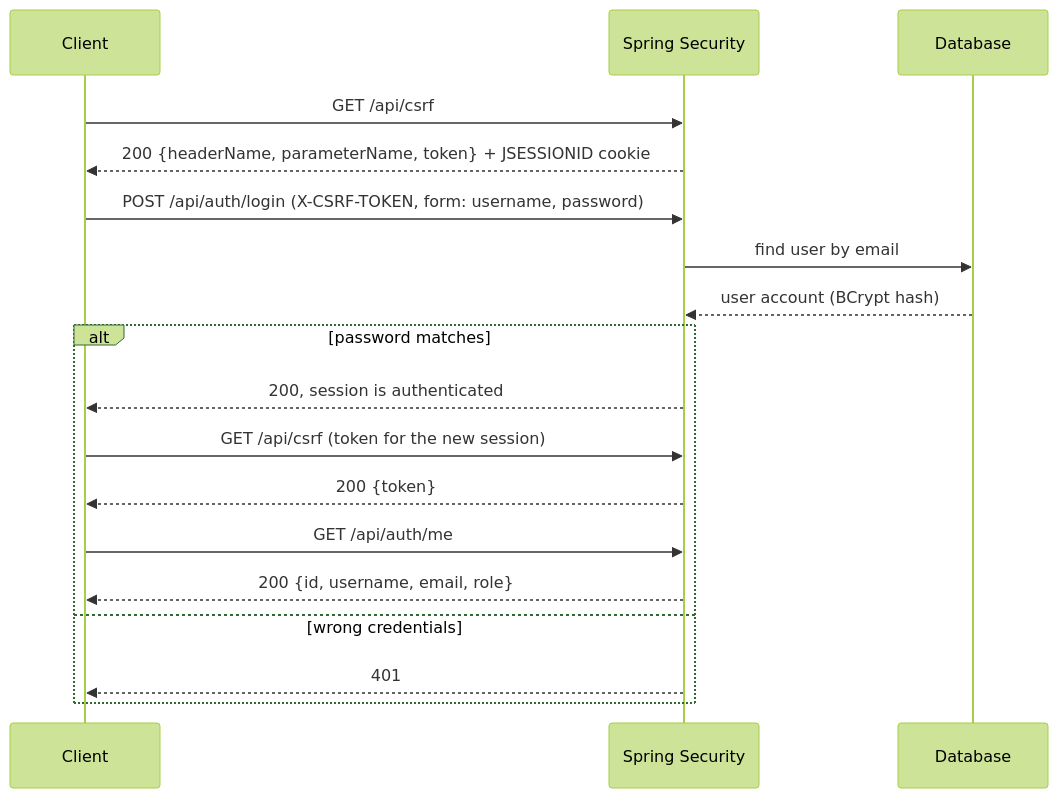
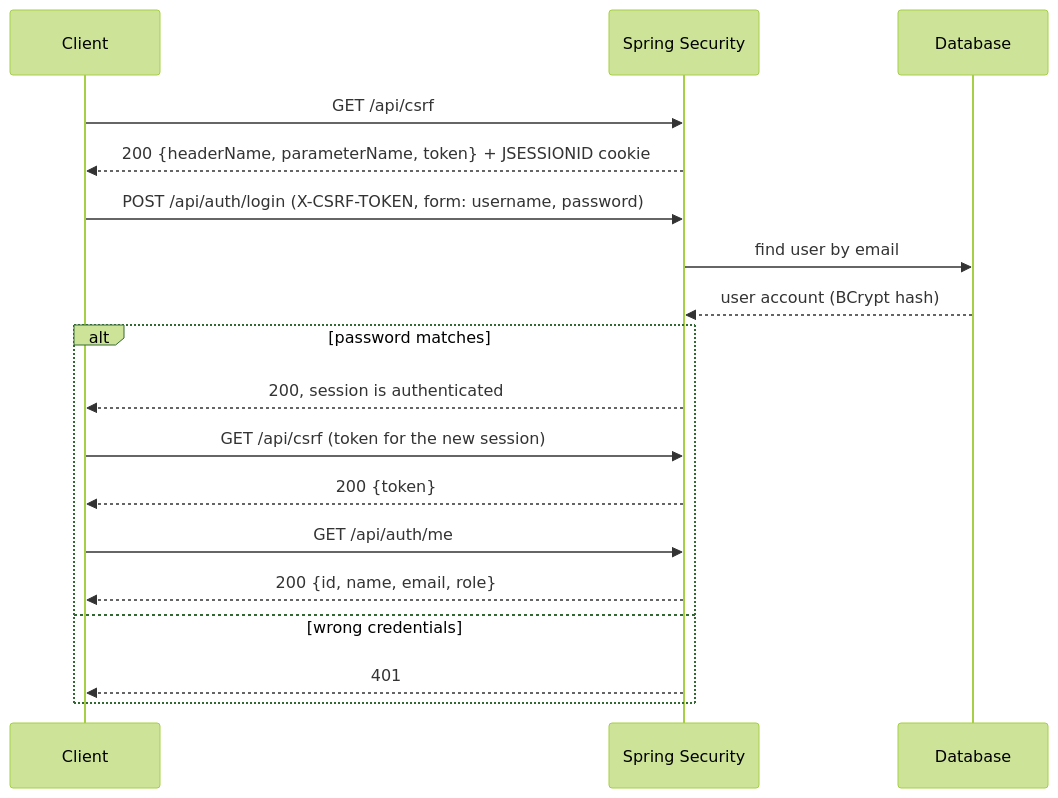
The first of 2 diagrams in docs/api-reference.md (ramys2/bug-report-system), drawn with Mermaid (forest theme) before and after one commit. The commit also changed other lines of this file and 17 other files, not shown here.

````diff
--- a/docs/api-reference.md
+++ b/docs/api-reference.md
@@ -51,21 +51,21 @@
 ```mermaid
 sequenceDiagram
     participant C as Client
     participant A as Spring Security
     participant D as Database
 
     C->>A: GET /api/csrf
     A-->>C: 200 {headerName, parameterName, token} + JSESSIONID cookie
     C->>A: POST /api/auth/login (X-CSRF-TOKEN, form: username, password)
     A->>D: find user by email
     D-->>A: user account (BCrypt hash)
     alt password matches
         A-->>C: 200, session is authenticated
         C->>A: GET /api/csrf (token for the new session)
         A-->>C: 200 {token}
         C->>A: GET /api/auth/me
-        A-->>C: 200 {id, username, email, role}
+        A-->>C: 200 {id, name, email, role}
     else wrong credentials
         A-->>C: 401
     end
 ```
````
